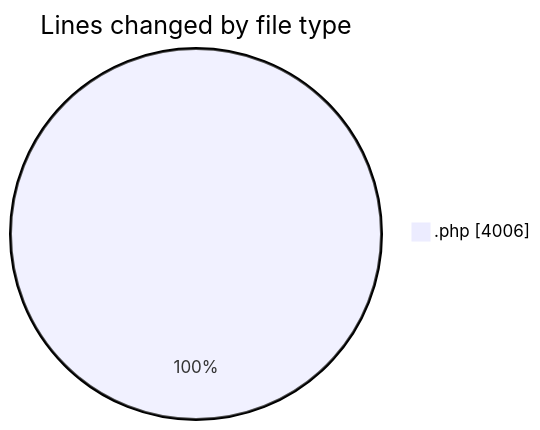
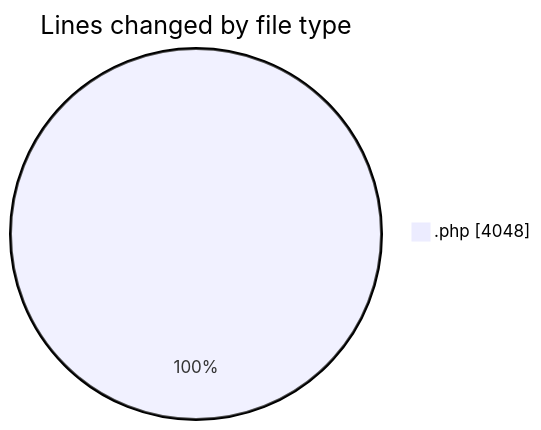
One commit to debugP/code-tracking changed the first of 2 diagrams in 2025-10-03/untitled__workspace_/README.md. Above: the diagram before and after it, drawn with Mermaid. The commit also changed other lines of this file and 1 other file, not shown here.

````diff
--- a/2025-10-03/untitled__workspace_/README.md
+++ b/2025-10-03/untitled__workspace_/README.md
@@ -21,5 +21,5 @@
 ```mermaid
 pie showData
 title Lines changed by file type
-".php" : 4006
+".php" : 4048
 ```
````
